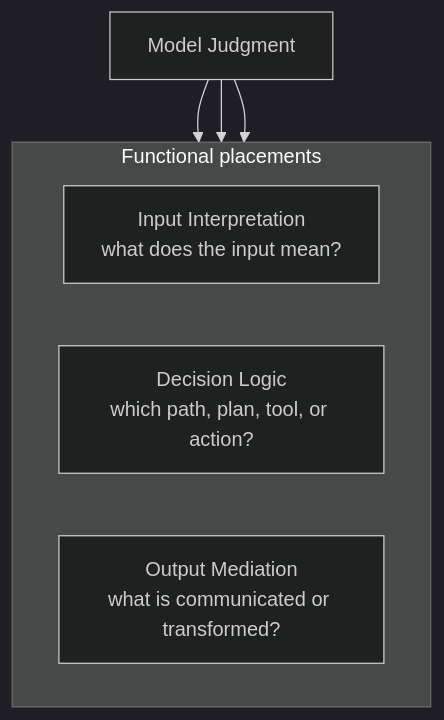
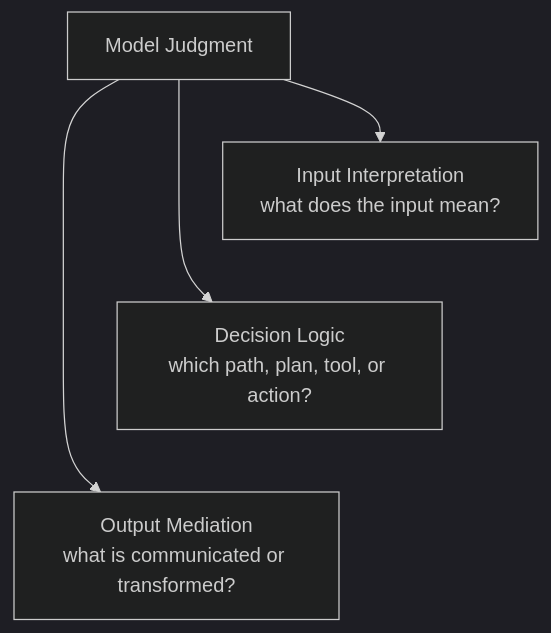
Before and after one commit to UncertaintyArchitectureGroup/uncertainty-architecture: the fourth of 14 diagrams in content/research/notes/open-engineering-specification-article-draft.md, drawn with Mermaid (dark theme).

Commit message:
docs(research): fix Model Judgment placement diagram layout

````diff
--- a/content/research/notes/open-engineering-specification-article-draft.md
+++ b/content/research/notes/open-engineering-specification-article-draft.md
@@ -233,15 +233,14 @@
 ```mermaid
 flowchart TB
     MJ["Model Judgment"]
-
-    subgraph P["Functional placements"]
-        direction LR
-        I["Input Interpretation<br/>what does the input mean?"]
-        D["Decision Logic<br/>which path, plan, tool, or action?"]
-        O["Output Mediation<br/>what is communicated or transformed?"]
-    end
+    I["Input Interpretation<br/>what does the input mean?"]
+    D["Decision Logic<br/>which path, plan, tool, or action?"]
+    O["Output Mediation<br/>what is communicated or transformed?"]
 
     MJ --> I
     MJ --> D
     MJ --> O
+
+    I ~~~ D
+    D ~~~ O
 ```
````
